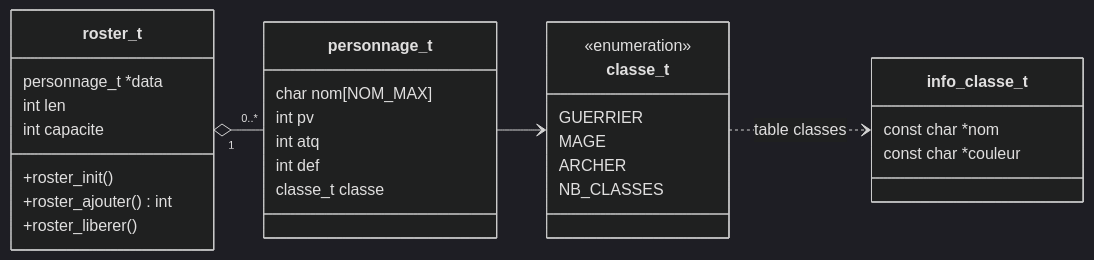
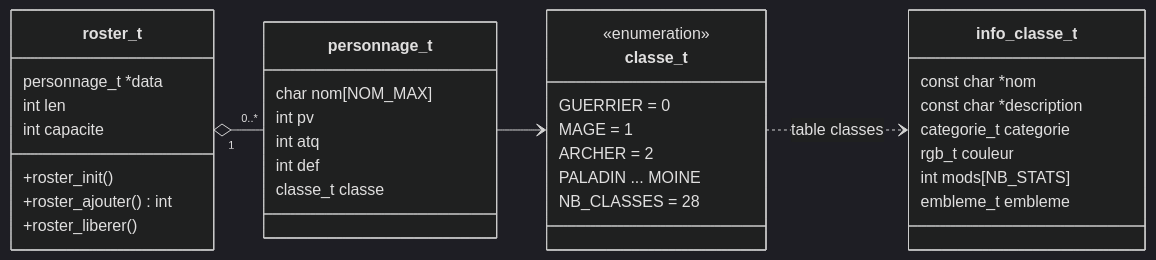
Before and after one commit to Vylllixis/RedStrings: the fifth of 8 diagrams in README.md, drawn with Mermaid (dark theme). The commit also changed other lines of this file, not shown here.

First line of the commit message:
📝 docs(readme): catalogue des 28 classes, modificateurs et contrôles de sélection

````diff
--- a/README.md
+++ b/README.md
@@ -419,33 +480,38 @@
 ```mermaid
 classDiagram
     direction LR
     class personnage_t {
         char nom[NOM_MAX]
         int pv
         int atq
         int def
         classe_t classe
     }
     class roster_t {
         personnage_t *data
         int len
         int capacite
         +roster_init()
         +roster_ajouter() int
         +roster_liberer()
     }
     class classe_t {
         <<enumeration>>
-        GUERRIER
-        MAGE
-        ARCHER
-        NB_CLASSES
+        GUERRIER = 0
+        MAGE = 1
+        ARCHER = 2
+        PALADIN ... MOINE
+        NB_CLASSES = 28
     }
     class info_classe_t {
         const char *nom
-        const char *couleur
+        const char *description
+        categorie_t categorie
+        rgb_t couleur
+        int mods[NB_STATS]
+        embleme_t embleme
     }
     roster_t "1" o-- "0..*" personnage_t
     personnage_t --> classe_t
     classe_t ..> info_classe_t : table classes
 ```
````
